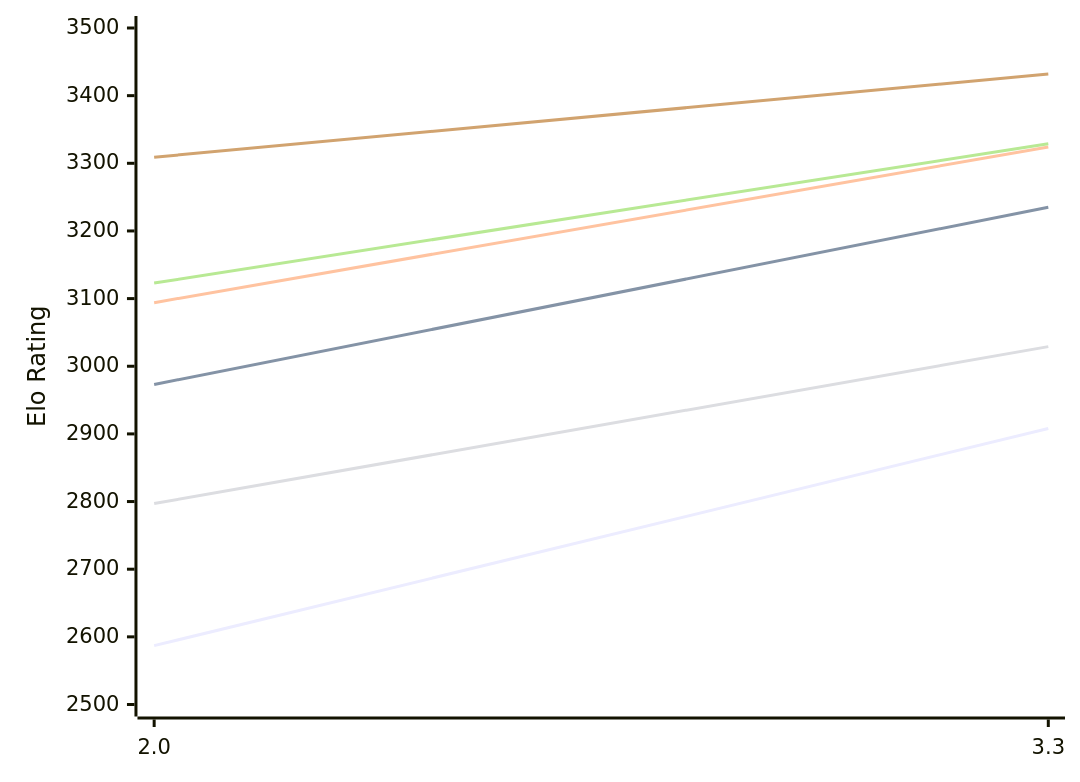
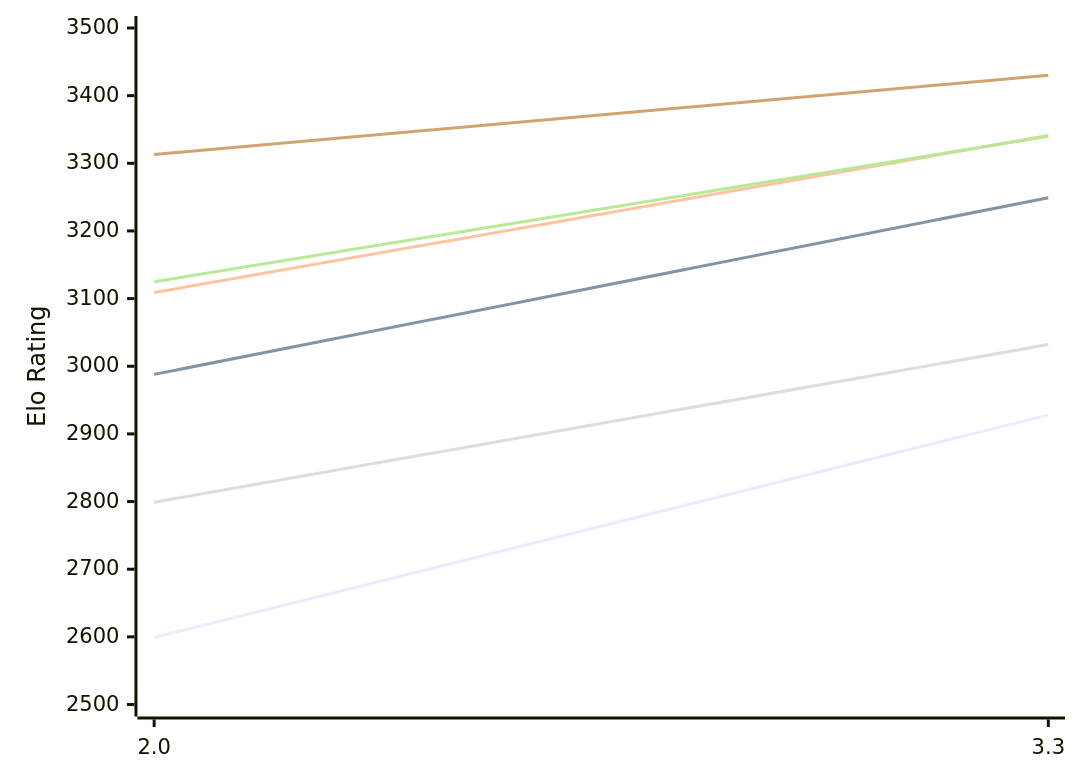
Before and after one commit to computer-chess-index/cci: the first of 2 diagrams in engines/Ceylondemon.md, drawn with Mermaid. The commit also changed other lines of this file, not shown here.

Commit message:
Update CCI Ratings (ELO VLTC) - 2026-10-22

````diff
--- a/engines/Ceylondemon.md
+++ b/engines/Ceylondemon.md
@@ -50,12 +50,12 @@
 ```mermaid
 %%{init: {"theme":"base","themeVariables":{"seriesColors:['#a3a3a3','#222221','#faa371']}}}%%
 xychart-beta
   x-axis ["2.0", "3.3"]
   y-axis "Elo Rating" 2500 --> 3500
-  line "E1: STC (8.0+0.08s)" [2587, 2908]
-  line "E1: LTC (60.0+0.60s)" [2973, 3235]
-  line "E1: VLTC (2m24s+1.12s)" [3094, 3324]
-  line "P1: STC (8.0+0.08s)" [2797, 3029]
-  line "P1: LTC (60.0+0.60s)" [3123, 3329]
-  line "P1: VLTC (2m24s+1.12s)" [3309, 3432]
+  line "E1: STC (8.0+0.08s)" [2599, 2928]
+  line "E1: LTC (60.0+0.60s)" [2988, 3249]
+  line "E1: VLTC (2m24s+1.12s)" [3109, 3341]
+  line "P1: STC (8.0+0.08s)" [2799, 3032]
+  line "P1: LTC (60.0+0.60s)" [3125, 3340]
+  line "P1: VLTC (2m24s+1.12s)" [3313, 3430]
 ```
````
